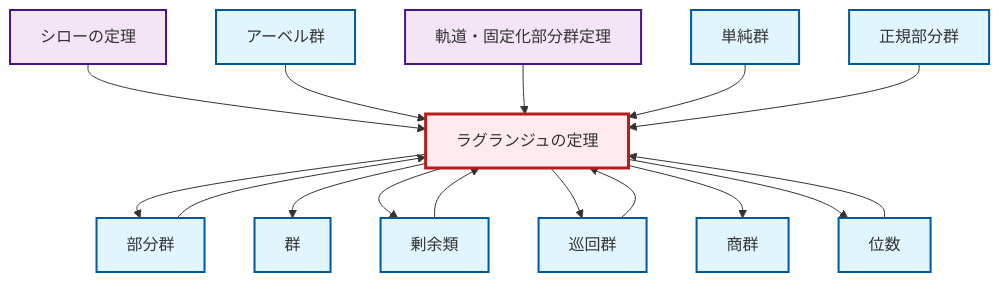
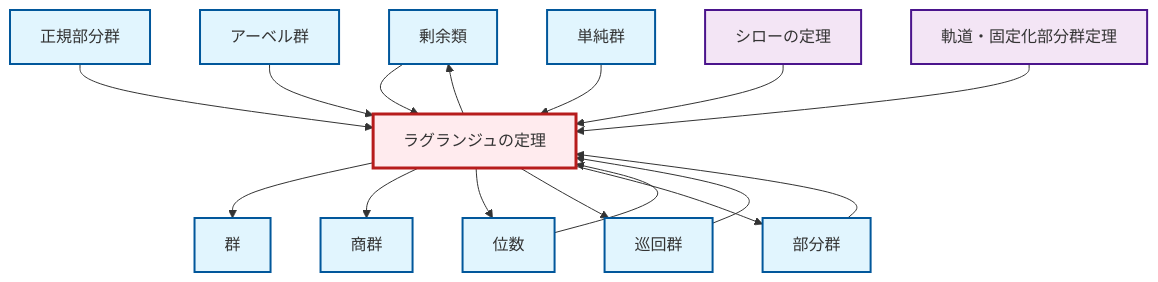
One commit to RK0429/ModernMath changed the diagram in output/mermaid/ja/thm-lagrange.mermaid. Above: the diagram before and after it, drawn with Mermaid. The commit also changed other lines of this file and 3098 other files, not shown here.

```diff
--- a/output/mermaid/ja/thm-lagrange.mermaid
+++ b/output/mermaid/ja/thm-lagrange.mermaid
@@ -1,34 +1,34 @@
 graph TD
     classDef definition fill:#e1f5fe,stroke:#01579b,stroke-width:2px
     classDef theorem fill:#f3e5f5,stroke:#4a148c,stroke-width:2px
     classDef axiom fill:#fff3e0,stroke:#e65100,stroke-width:2px
     classDef example fill:#e8f5e9,stroke:#1b5e20,stroke-width:2px
     classDef current fill:#ffebee,stroke:#b71c1c,stroke-width:3px
+    def-coset["剰余類"]:::definition
+    def-abelian-group["アーベル群"]:::definition
+    def-order["位数"]:::definition
     thm-lagrange["ラグランジュの定理"]:::theorem
+    def-subgroup["部分群"]:::definition
+    def-normal-subgroup["正規部分群"]:::definition
     def-cyclic-group["巡回群"]:::definition
-    def-coset["剰余類"]:::definition
-    def-order["位数"]:::definition
     def-group["群"]:::definition
+    def-quotient-group["商群"]:::definition
     thm-sylow["シローの定理"]:::theorem
-    def-normal-subgroup["正規部分群"]:::definition
-    def-quotient-group["商群"]:::definition
     def-simple-group["単純群"]:::definition
-    def-subgroup["部分群"]:::definition
     thm-orbit-stabilizer["軌道・固定化部分群定理"]:::theorem
-    def-abelian-group["アーベル群"]:::definition
+    def-coset --> thm-lagrange
+    def-normal-subgroup --> thm-lagrange
+    def-abelian-group --> thm-lagrange
+    def-simple-group --> thm-lagrange
+    thm-lagrange --> def-group
+    def-subgroup --> thm-lagrange
+    thm-sylow --> thm-lagrange
+    def-cyclic-group --> thm-lagrange
+    def-order --> thm-lagrange
+    thm-lagrange --> def-quotient-group
+    thm-lagrange --> def-order
+    thm-orbit-stabilizer --> thm-lagrange
+    thm-lagrange --> def-cyclic-group
+    thm-lagrange --> def-coset
     thm-lagrange --> def-subgroup
-    thm-sylow --> thm-lagrange
-    def-abelian-group --> thm-lagrange
-    thm-lagrange --> def-group
-    thm-lagrange --> def-coset
-    def-cyclic-group --> thm-lagrange
-    thm-lagrange --> def-cyclic-group
-    def-order --> thm-lagrange
-    def-coset --> thm-lagrange
-    def-subgroup --> thm-lagrange
-    thm-orbit-stabilizer --> thm-lagrange
-    thm-lagrange --> def-quotient-group
-    def-simple-group --> thm-lagrange
-    thm-lagrange --> def-order
-    def-normal-subgroup --> thm-lagrange
     class thm-lagrange current
```
